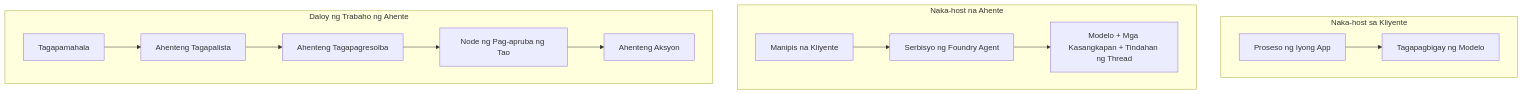
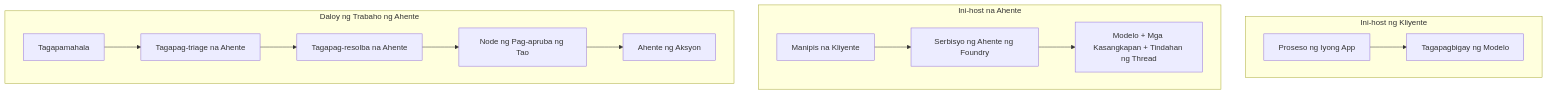
The first of 4 diagrams in mirrors/repos/microsoft@ai-agents-for-beginners/translations/tl/16-deploying-scalable-agents/README.md (gabrielmoreira/agent-skills-mirror), drawn with Mermaid before and after one commit. The commit also changed other lines of this file and 4262 other files, not shown here.

````diff
--- a/mirrors/repos/microsoft@ai-agents-for-beginners/translations/tl/16-deploying-scalable-agents/README.md
+++ b/mirrors/repos/microsoft@ai-agents-for-beginners/translations/tl/16-deploying-scalable-agents/README.md
@@ -87,16 +87,16 @@
 ```mermaid
 flowchart TB
-    subgraph P1[Naka-host sa Kliyente]
+    subgraph P1[Ini-host ng Kliyente]
         A1[Proseso ng Iyong App] --> M1[Tagapagbigay ng Modelo]
     end
-    subgraph P2[Naka-host na Ahente]
-        A2[Manipis na Kliyente] --> F2[Serbisyo ng Foundry Agent]
+    subgraph P2[Ini-host na Ahente]
+        A2[Manipis na Kliyente] --> F2[Serbisyo ng Ahente ng Foundry]
         F2 --> M2[Modelo + Mga Kasangkapan + Tindahan ng Thread]
     end
     subgraph P3[Daloy ng Trabaho ng Ahente]
-        A3[Tagapamahala] --> S1[Ahenteng Tagapalista]
-        S1 --> S2[Ahenteng Tagapagresolba]
+        A3[Tagapamahala] --> S1[Tagapag-triage na Ahente]
+        S1 --> S2[Tagapag-resolba na Ahente]
         S2 --> H[Node ng Pag-apruba ng Tao]
-        H --> S3[Ahenteng Aksyon]
+        H --> S3[Ahente ng Aksyon]
     end
 ```
````
